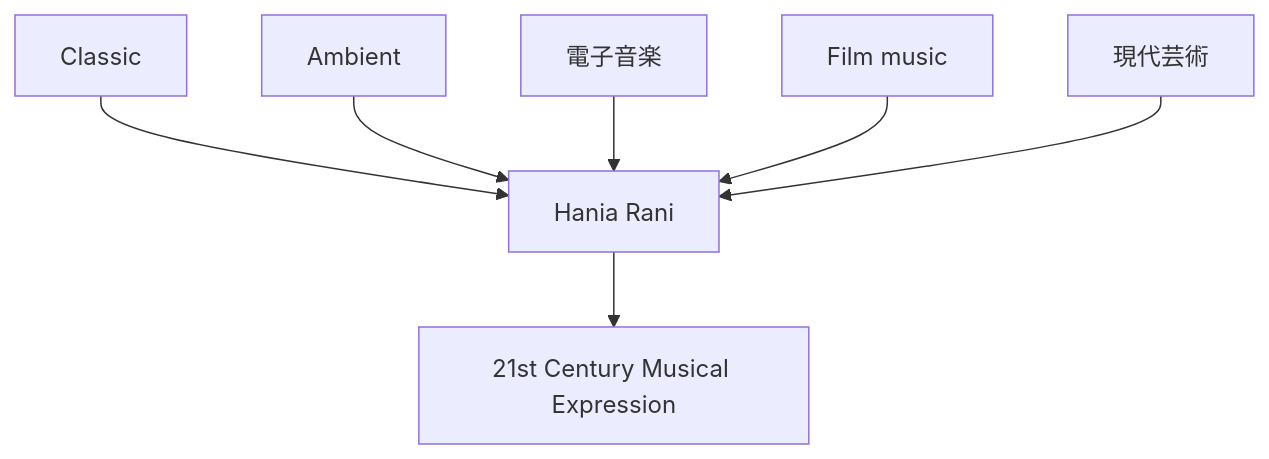
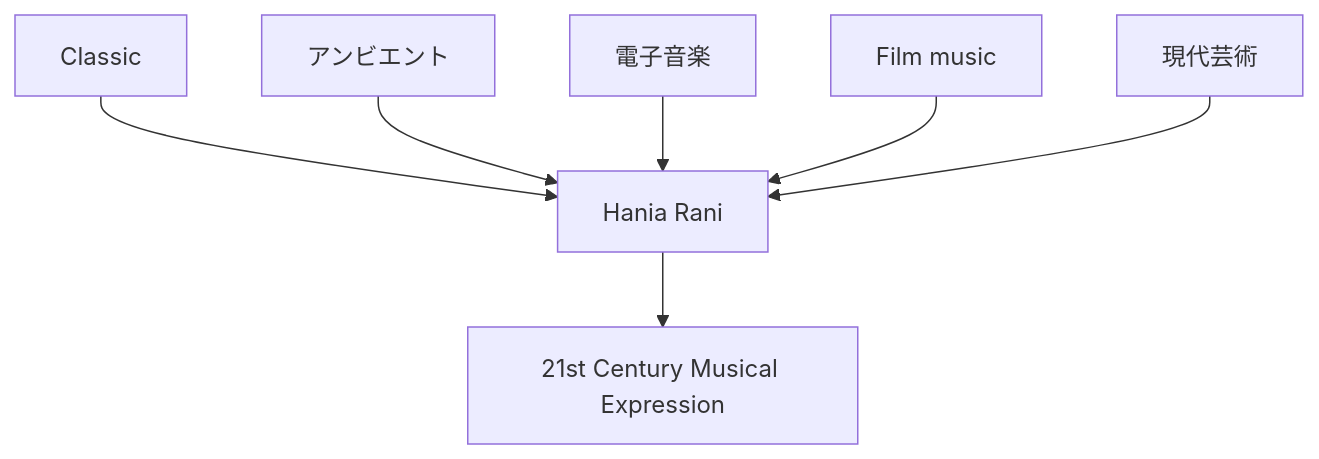
Before and after one commit to monumental-movement/monumental-movement.github.io: the eighth of 13 diagrams in en/_posts/2026-08-05-column-hania-rani.md, drawn with Mermaid. The commit also changed other lines of this file and 2196 other files, not shown here.

```diff
--- a/en/_posts/2026-08-05-column-hania-rani.md
+++ b/en/_posts/2026-08-05-column-hania-rani.md
@@ -1335,12 +1335,12 @@
 <div class="mermaid">
 graph TD
 
 A["Classic"] --> E["Hania Rani"]
-B["Ambient"] --> E
+B["アンビエント"] --> E
 C["電子音楽"] --> E
 D["Film music"] --> E
 F["現代芸術"] --> E
 
 E --> G["21st Century Musical Expression"]
 
 </div>
```
